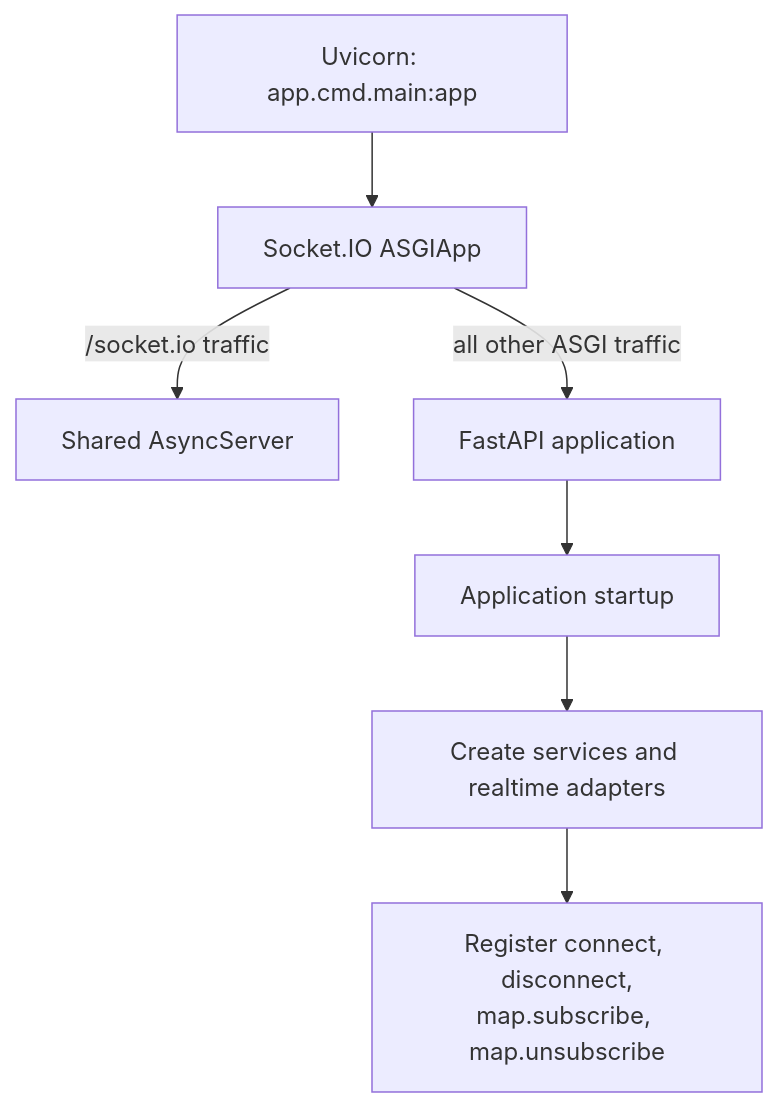
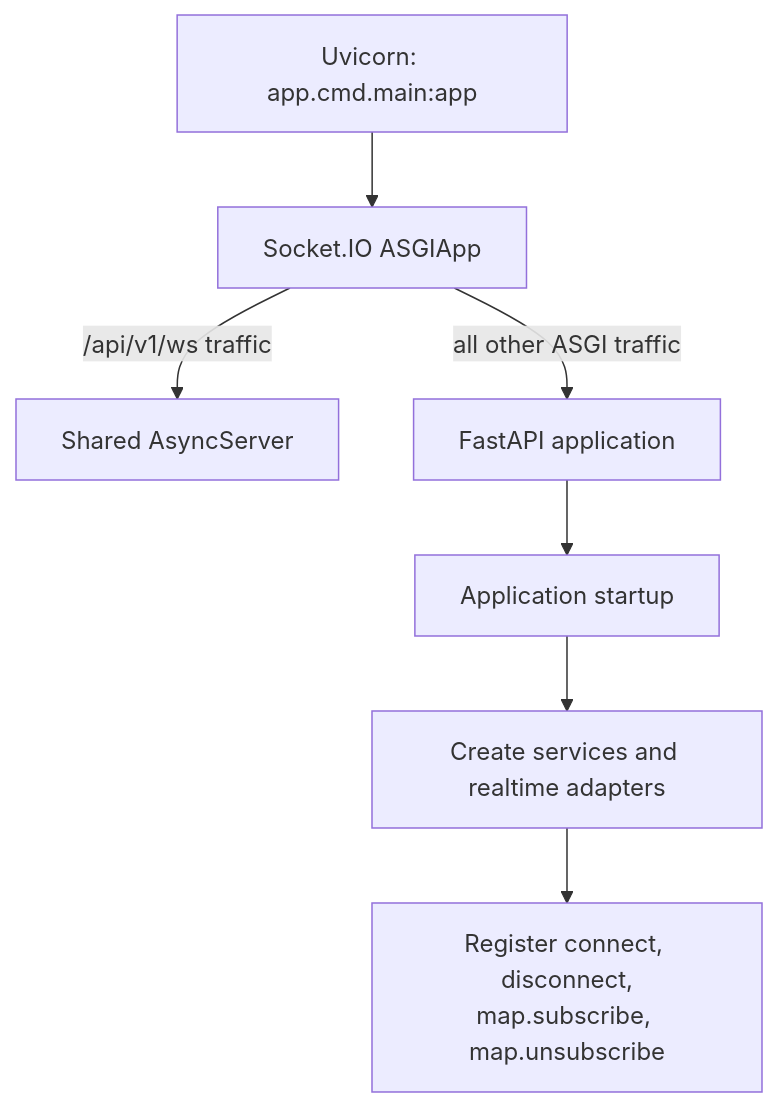
The first of 5 diagrams in guides/SOCKETIO_MAP_ROOMS_DATA_FLOW.md (dinhngocduy2000/pleaco-backend), drawn with Mermaid before and after one commit. The commit also changed other lines of this file and 5 other files, not shown here.

````diff
--- a/guides/SOCKETIO_MAP_ROOMS_DATA_FLOW.md
+++ b/guides/SOCKETIO_MAP_ROOMS_DATA_FLOW.md
@@ -27,15 +27,15 @@
 ```mermaid
 flowchart TD
     U[Uvicorn: app.cmd.main:app]
     A[Socket.IO ASGIApp]
     S[Shared AsyncServer]
     F[FastAPI application]
     W[Application startup]
     D[Create services and realtime adapters]
     H[Register connect, disconnect,<br/>map.subscribe, map.unsubscribe]
 
     U --> A
-    A -->|/socket.io traffic| S
+    A -->|/api/v1/ws traffic| S
     A -->|all other ASGI traffic| F
     F --> W --> D --> H
 ```
````
